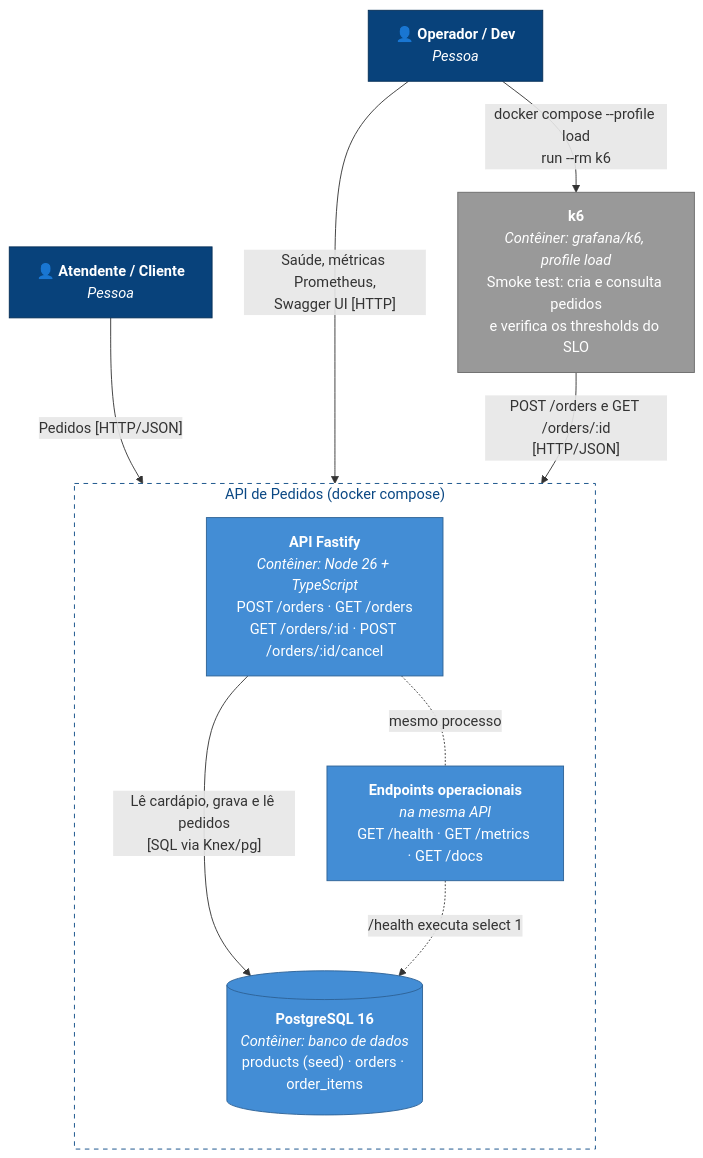
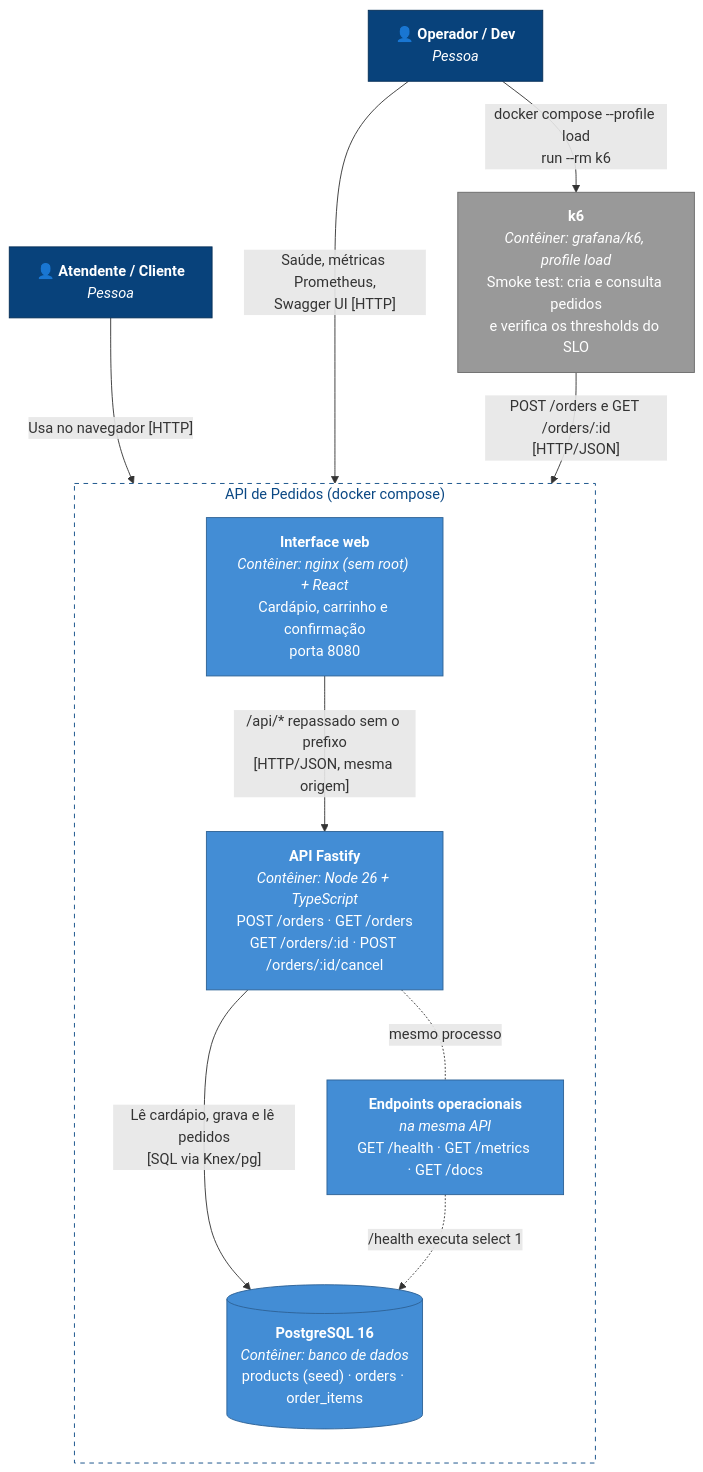
Before and after one commit to Aquno/GeraTech: the second of 2 diagrams in docs/c4/contexto.md, drawn with Mermaid. The commit also changed other lines of this file and 46 other files, not shown here.

Commit message:
feat: interface web do cardápio (React + Vite) servida por nginx no compose

````diff
--- a/docs/c4/contexto.md
+++ b/docs/c4/contexto.md
@@ -30,32 +30,34 @@
 ```mermaid
 flowchart TB
     atendente["👤 <b>Atendente / Cliente</b><br/><i>Pessoa</i>"]
     operador["👤 <b>Operador / Dev</b><br/><i>Pessoa</i>"]
 
     subgraph sistema["API de Pedidos (docker compose)"]
         direction TB
+        web["<b>Interface web</b><br/><i>Contêiner: nginx (sem root) + React</i><br/>Cardápio, carrinho e confirmação<br/>porta 8080"]
         api["<b>API Fastify</b><br/><i>Contêiner: Node 26 + TypeScript</i><br/>POST /orders · GET /orders<br/>GET /orders/:id · POST /orders/:id/cancel"]
         ops["<b>Endpoints operacionais</b><br/><i>na mesma API</i><br/>GET /health · GET /metrics · GET /docs"]
         db[("<b>PostgreSQL 16</b><br/><i>Contêiner: banco de dados</i><br/>products (seed) · orders · order_items")]
     end
 
     k6["<b>k6</b><br/><i>Contêiner: grafana/k6, profile load</i><br/>Smoke test: cria e consulta pedidos<br/>e verifica os thresholds do SLO"]
 
-    atendente -- "Pedidos [HTTP/JSON]" --> api
+    atendente -- "Usa no navegador [HTTP]" --> web
+    web -- "/api/* repassado sem o prefixo<br/>[HTTP/JSON, mesma origem]" --> api
     operador -- "Saúde, métricas Prometheus,<br/>Swagger UI [HTTP]" --> ops
     operador -- "docker compose --profile load<br/>run --rm k6" --> k6
     k6 -- "POST /orders e GET /orders/:id<br/>[HTTP/JSON]" --> api
     api -- "Lê cardápio, grava e lê pedidos<br/>[SQL via Knex/pg]" --> db
     ops -. "/health executa select 1" .-> db
     api -. "mesmo processo" .- ops
 
     classDef person fill:#08427b,stroke:#052e56,color:#ffffff
     classDef container fill:#438dd5,stroke:#2e6295,color:#ffffff
     classDef database fill:#438dd5,stroke:#2e6295,color:#ffffff
     classDef tool fill:#999999,stroke:#6b6b6b,color:#ffffff
     class atendente,operador person
-    class api,ops container
+    class web,api,ops container
     class db database
     class k6 tool
     style sistema fill:none,stroke:#0b4884,stroke-dasharray:5 5,color:#0b4884
 ```
````
